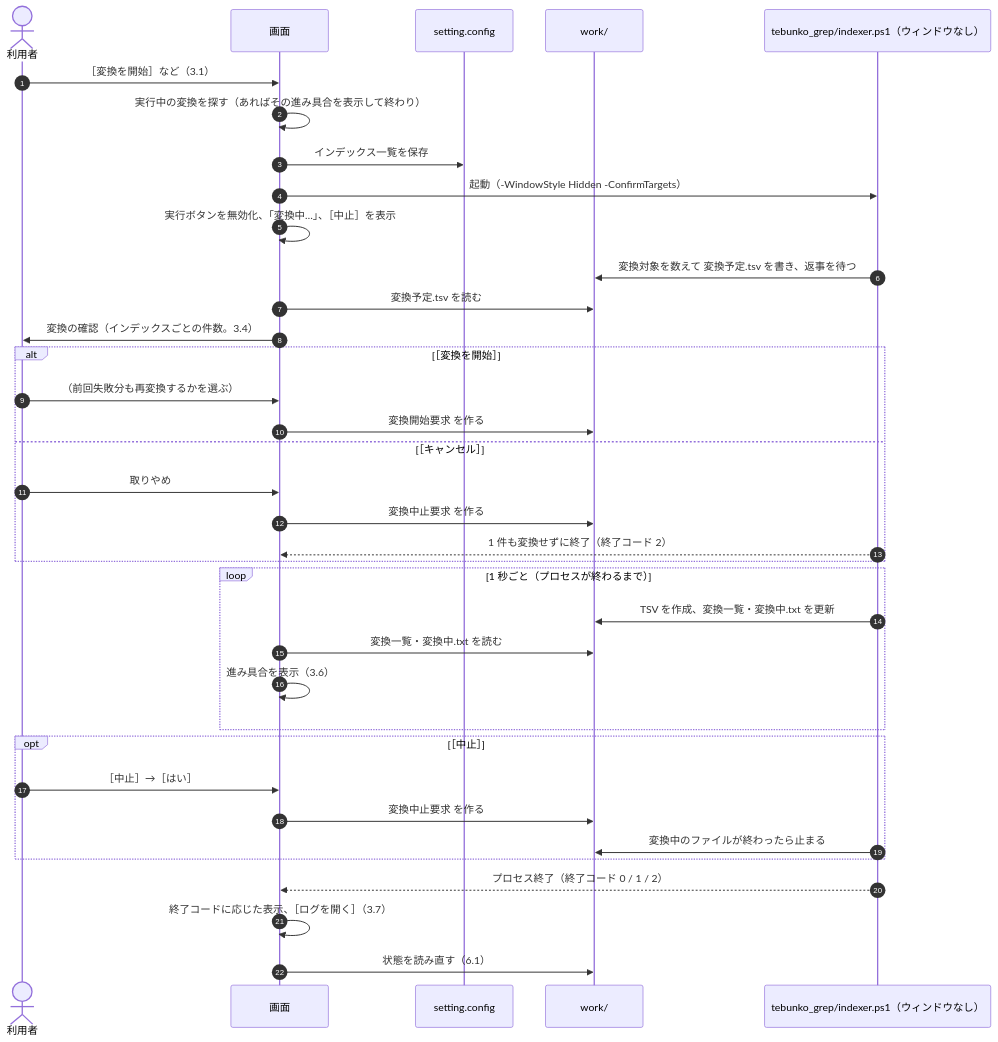
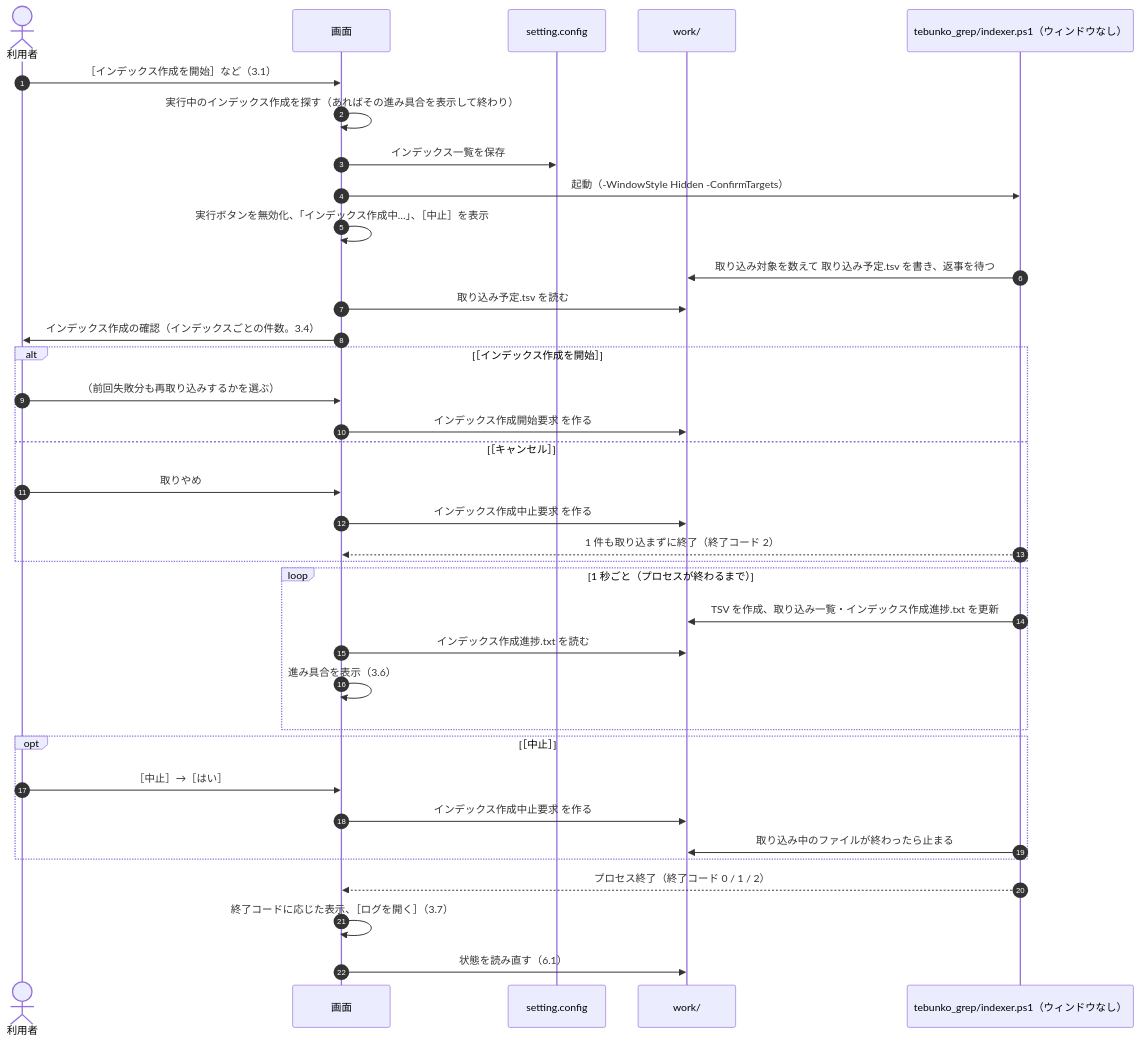
Before and after one commit to hsgwa/tebunko: the third of 4 diagrams in docs/03_画面_4_状態と操作の流れ.md, drawn with Mermaid. The commit also changed other lines of this file and 34 other files, not shown here.

````diff
--- a/docs/03_画面_4_状態と操作の流れ.md
+++ b/docs/03_画面_4_状態と操作の流れ.md
@@ -80,39 +80,39 @@
 ```mermaid
 sequenceDiagram
     autonumber
     actor U as 利用者
     participant G as 画面
     participant C as setting.config
     participant W as work/
     participant P as tebunko_grep/indexer.ps1（ウィンドウなし）
 
-    U->>G: ［変換を開始］など（3.1）
-    G->>G: 実行中の変換を探す（あればその進み具合を表示して終わり）
+    U->>G: ［インデックス作成を開始］など（3.1）
+    G->>G: 実行中のインデックス作成を探す（あればその進み具合を表示して終わり）
     G->>C: インデックス一覧を保存
     G->>P: 起動（-WindowStyle Hidden -ConfirmTargets）
-    G->>G: 実行ボタンを無効化、「変換中…」、［中止］を表示
-    P->>W: 変換対象を数えて 変換予定.tsv を書き、返事を待つ
-    G->>W: 変換予定.tsv を読む
-    G->>U: 変換の確認（インデックスごとの件数。3.4）
-    alt ［変換を開始］
-        U->>G: （前回失敗分も再変換するかを選ぶ）
-        G->>W: 変換開始要求 を作る
+    G->>G: 実行ボタンを無効化、「インデックス作成中…」、［中止］を表示
+    P->>W: 取り込み対象を数えて 取り込み予定.tsv を書き、返事を待つ
+    G->>W: 取り込み予定.tsv を読む
+    G->>U: インデックス作成の確認（インデックスごとの件数。3.4）
+    alt ［インデックス作成を開始］
+        U->>G: （前回失敗分も再取り込みするかを選ぶ）
+        G->>W: インデックス作成開始要求 を作る
     else ［キャンセル］
         U->>G: 取りやめ
-        G->>W: 変換中止要求 を作る
-        P-->>G: 1 件も変換せずに終了（終了コード 2）
+        G->>W: インデックス作成中止要求 を作る
+        P-->>G: 1 件も取り込まずに終了（終了コード 2）
     end
     loop 1 秒ごと（プロセスが終わるまで）
-        P->>W: TSV を作成、変換一覧・変換中.txt を更新
-        G->>W: 変換一覧・変換中.txt を読む
+        P->>W: TSV を作成、取り込み一覧・インデックス作成進捗.txt を更新
+        G->>W: インデックス作成進捗.txt を読む
         G->>G: 進み具合を表示（3.6）
     end
     opt ［中止］
         U->>G: ［中止］→［はい］
-        G->>W: 変換中止要求 を作る
-        P->>W: 変換中のファイルが終わったら止まる
+        G->>W: インデックス作成中止要求 を作る
+        P->>W: 取り込み中のファイルが終わったら止まる
     end
     P-->>G: プロセス終了（終了コード 0 / 1 / 2）
     G->>G: 終了コードに応じた表示、［ログを開く］（3.7）
     G->>W: 状態を読み直す（6.1）
 ```
````
